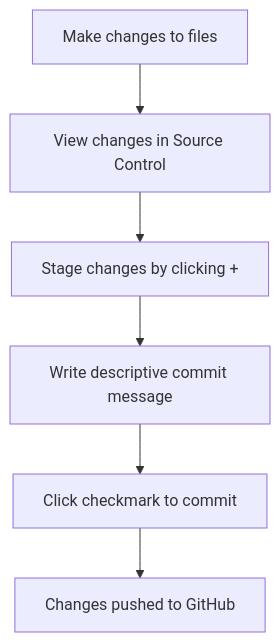
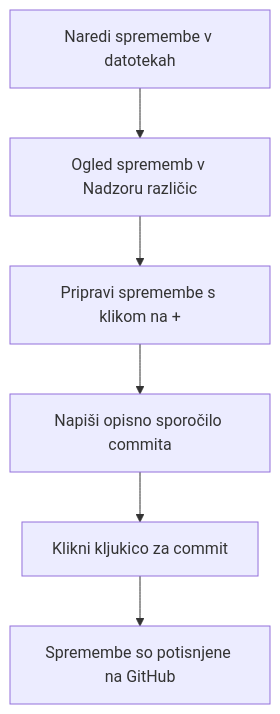
The fifth of 8 diagrams in translations/sl/8-code-editor/1-using-a-code-editor/README.md (microsoft/Web-Dev-For-Beginners), drawn with Mermaid before and after one commit. The commit also changed other lines of this file and 99 other files, not shown here.

````diff
--- a/translations/sl/8-code-editor/1-using-a-code-editor/README.md
+++ b/translations/sl/8-code-editor/1-using-a-code-editor/README.md
@@ -209,8 +346,8 @@
 ```mermaid
 flowchart TD
-    A[Make changes to files] --> B[View changes in Source Control]
-    B --> C[Stage changes by clicking +]
-    C --> D[Write descriptive commit message]
-    D --> E[Click checkmark to commit]
-    E --> F[Changes pushed to GitHub]
-```
+    A[Naredi spremembe v datotekah] --> B[Ogled sprememb v Nadzoru različic]
+    B --> C[Pripravi spremembe s klikom na +]
+    C --> D[Napiši opisno sporočilo commita]
+    D --> E[Klikni kljukico za commit]
+    E --> F[Spremembe so potisnjene na GitHub]
+```  
````
